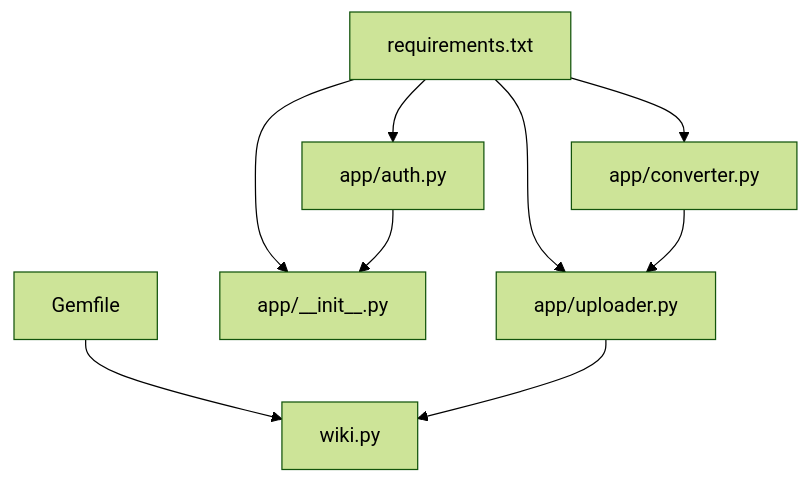
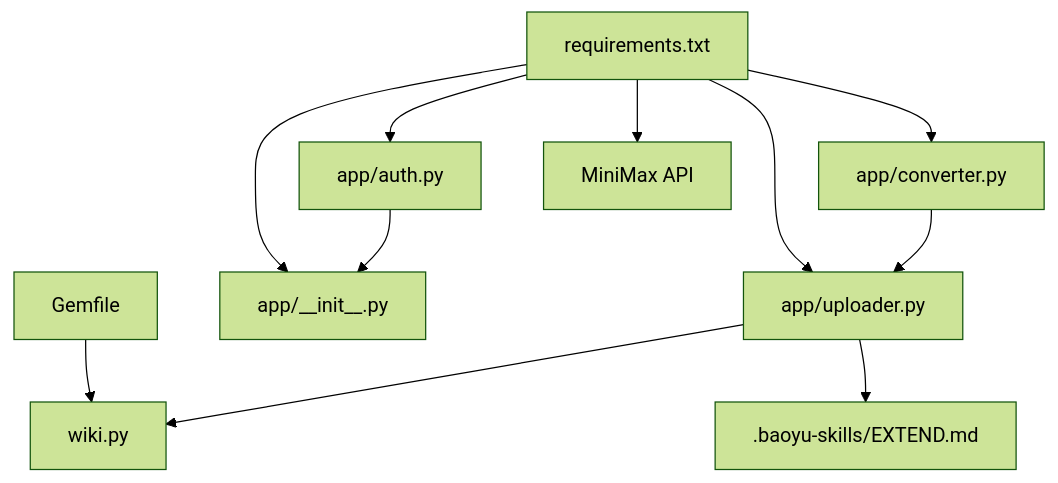
Diagram 13 of 14 in .qoder/repowiki/en/content/Frontend Application/Article Presentation System/Article Presentation System.md (PolarisW007/PolaZhenJing), drawn with Mermaid (forest theme) before and after one commit. The commit also changed other lines of this file and 11 other files, not shown here.

````diff
--- a/.qoder/repowiki/en/content/Frontend Application/Article Presentation System/Article Presentation System.md
+++ b/.qoder/repowiki/en/content/Frontend Application/Article Presentation System/Article Presentation System.md
@@ -322,18 +647,22 @@
 ```mermaid
 graph TB
 Req["requirements.txt"]
 Gem["Gemfile"]
 A_init["app/__init__.py"]
 A_auth["app/auth.py"]
 A_conv["app/converter.py"]
 A_up["app/uploader.py"]
 Wiki["wiki.py"]
+LLM["MiniMax API"]
+AIS[".baoyu-skills/EXTEND.md"]
 Req --> A_init
 Req --> A_auth
 Req --> A_conv
 Req --> A_up
+Req --> LLM
 Gem --> Wiki
 A_up --> Wiki
+A_up --> AIS
 A_auth --> A_init
 A_conv --> A_up
 ```
````
